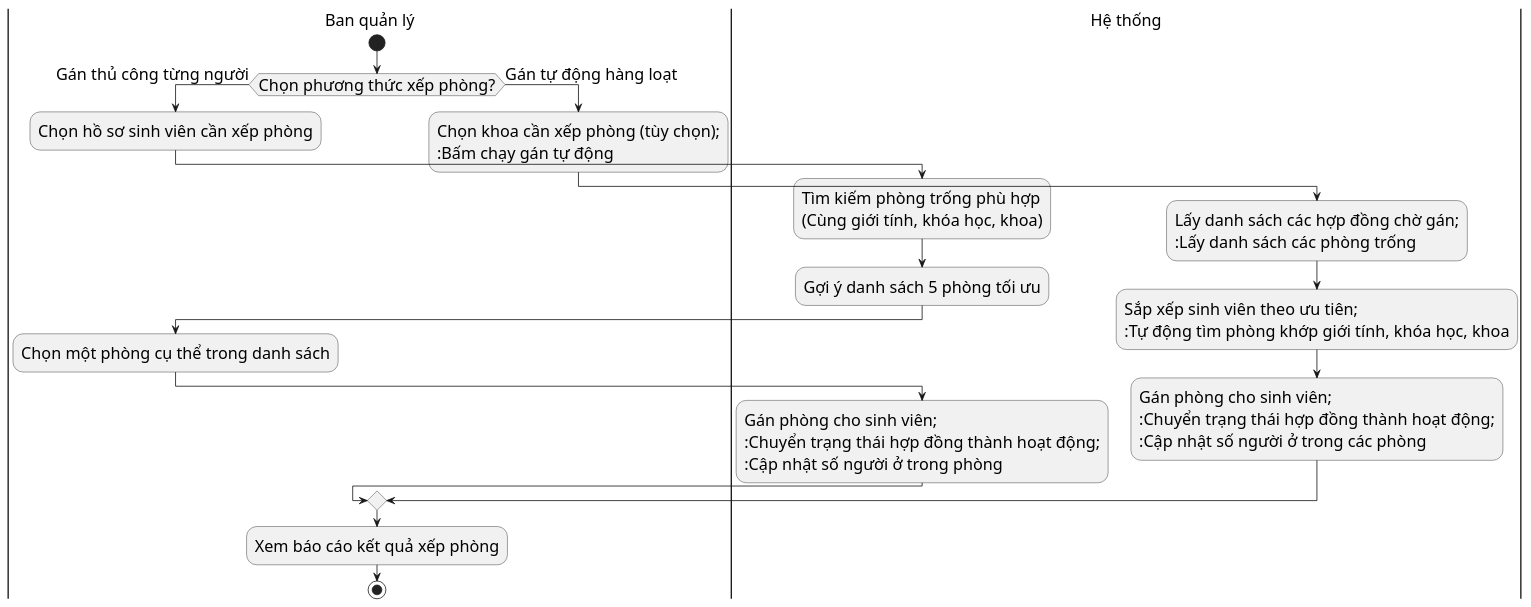
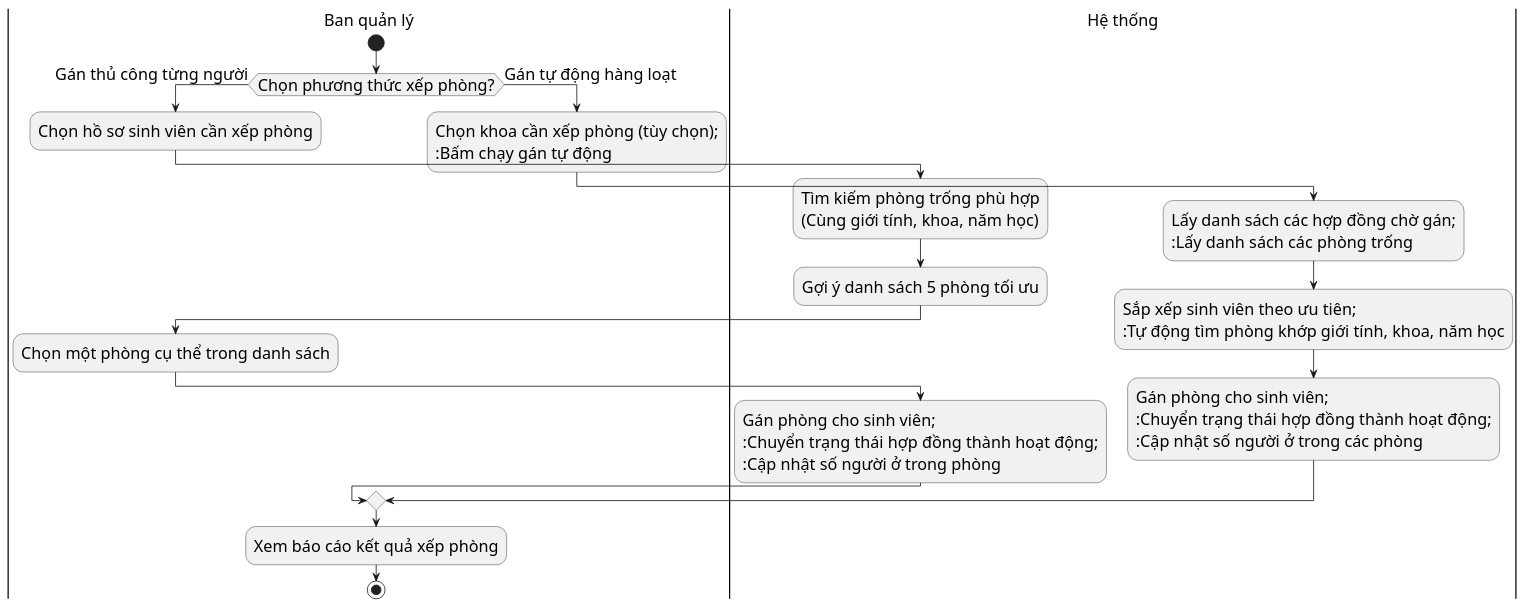
The diagram in diagrams/nhomphonghopdong/room_assignment_activity.puml (s0nbuildtech287/dormitory-frontend), drawn with PlantUML before and after one commit. The commit also changed 2 other files, not shown here.

```diff
--- a/diagrams/nhomphonghopdong/room_assignment_activity.puml
+++ b/diagrams/nhomphonghopdong/room_assignment_activity.puml
@@ -1,26 +1,26 @@
 @startuml "Room Assignment Activity"
 skinparam defaultFontSize 20
 skinparam defaultFontName "Times New Roman"
 |Ban quản lý|
 start
 if (Chọn phương thức xếp phòng?) then (Gán thủ công từng người)
   :Chọn hồ sơ sinh viên cần xếp phòng;
   |Hệ thống|
-  :Tìm kiếm phòng trống phù hợp\n(Cùng giới tính, khóa học, khoa);
+  :Tìm kiếm phòng trống phù hợp\n(Cùng giới tính, khoa, năm học);
   :Gợi ý danh sách 5 phòng tối ưu;
   |Ban quản lý|
   :Chọn một phòng cụ thể trong danh sách;
   |Hệ thống|
   :Gán phòng cho sinh viên;\n:Chuyển trạng thái hợp đồng thành hoạt động;\n:Cập nhật số người ở trong phòng;
 else (Gán tự động hàng loạt)
   |Ban quản lý|
   :Chọn khoa cần xếp phòng (tùy chọn);\n:Bấm chạy gán tự động;
   |Hệ thống|
   :Lấy danh sách các hợp đồng chờ gán;\n:Lấy danh sách các phòng trống;
-  :Sắp xếp sinh viên theo ưu tiên;\n:Tự động tìm phòng khớp giới tính, khóa học, khoa;
+  :Sắp xếp sinh viên theo ưu tiên;\n:Tự động tìm phòng khớp giới tính, khoa, năm học;
   :Gán phòng cho sinh viên;\n:Chuyển trạng thái hợp đồng thành hoạt động;\n:Cập nhật số người ở trong các phòng;
 endif
 |Ban quản lý|
 :Xem báo cáo kết quả xếp phòng;
 stop
 @enduml
```
